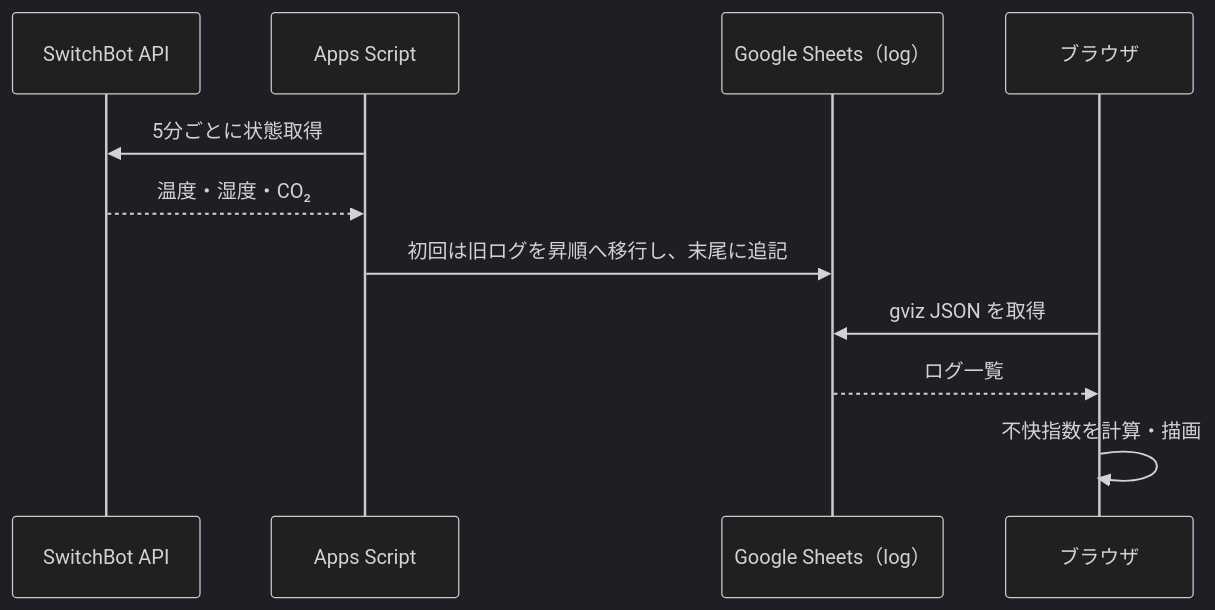
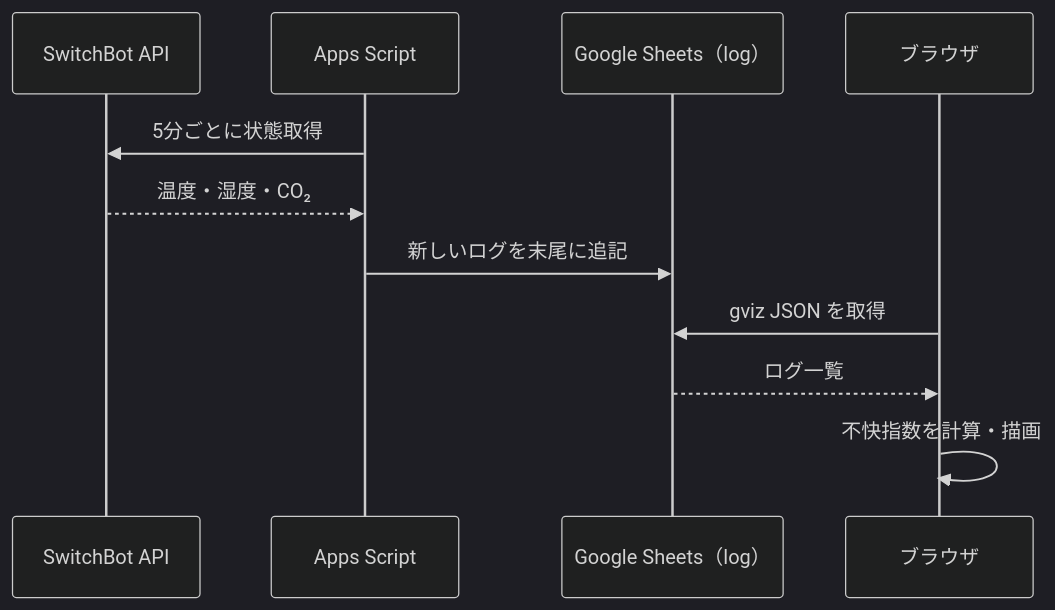
The diagram in docs/SPEC.md (naoiw/switchbot-logger), drawn with Mermaid (dark theme) before and after one commit. The commit also changed other lines of this file and 5 other files, not shown here.

````diff
--- a/docs/SPEC.md
+++ b/docs/SPEC.md
@@ -9,13 +9,13 @@
 ```mermaid
 sequenceDiagram
   participant Sensor as SwitchBot API
   participant GAS as Apps Script
   participant Sheet as Google Sheets（log）
   participant UI as ブラウザ
   GAS->>Sensor: 5分ごとに状態取得
   Sensor-->>GAS: 温度・湿度・CO₂
-  GAS->>Sheet: 初回は旧ログを昇順へ移行し、末尾に追記
+  GAS->>Sheet: 新しいログを末尾に追記
   UI->>Sheet: gviz JSON を取得
   Sheet-->>UI: ログ一覧
   UI->>UI: 不快指数を計算・描画
 ```
````
